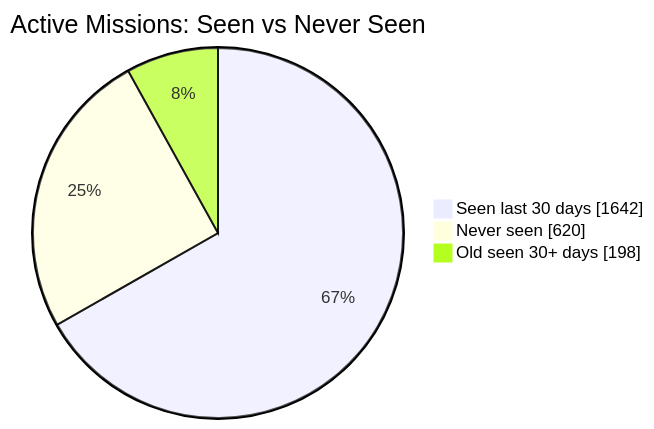
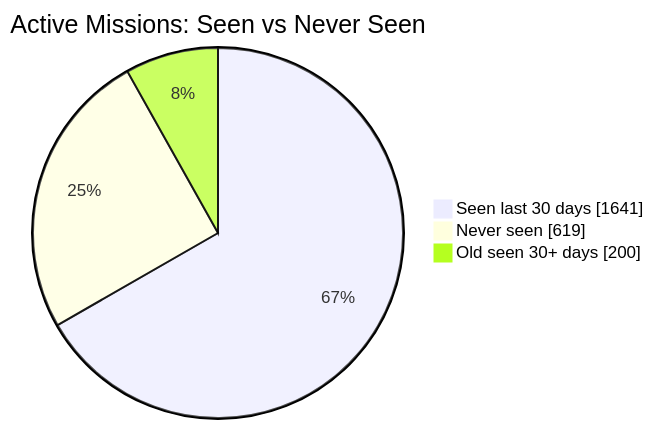
The first of 2 diagrams in README.md (MeldkamerspelGameTeam/active-missions), drawn with Mermaid before and after one commit. The commit also changed other lines of this file and 4 other files, not shown here.

````diff
--- a/README.md
+++ b/README.md
@@ -34,7 +34,7 @@
 ```mermaid
 pie showData
     title Active Missions: Seen vs Never Seen
-    "Seen last 30 days" : 1642
-    "Never seen" : 620
-    "Old seen 30+ days" : 198
+    "Seen last 30 days" : 1641
+    "Never seen" : 619
+    "Old seen 30+ days" : 200
 ```
````
